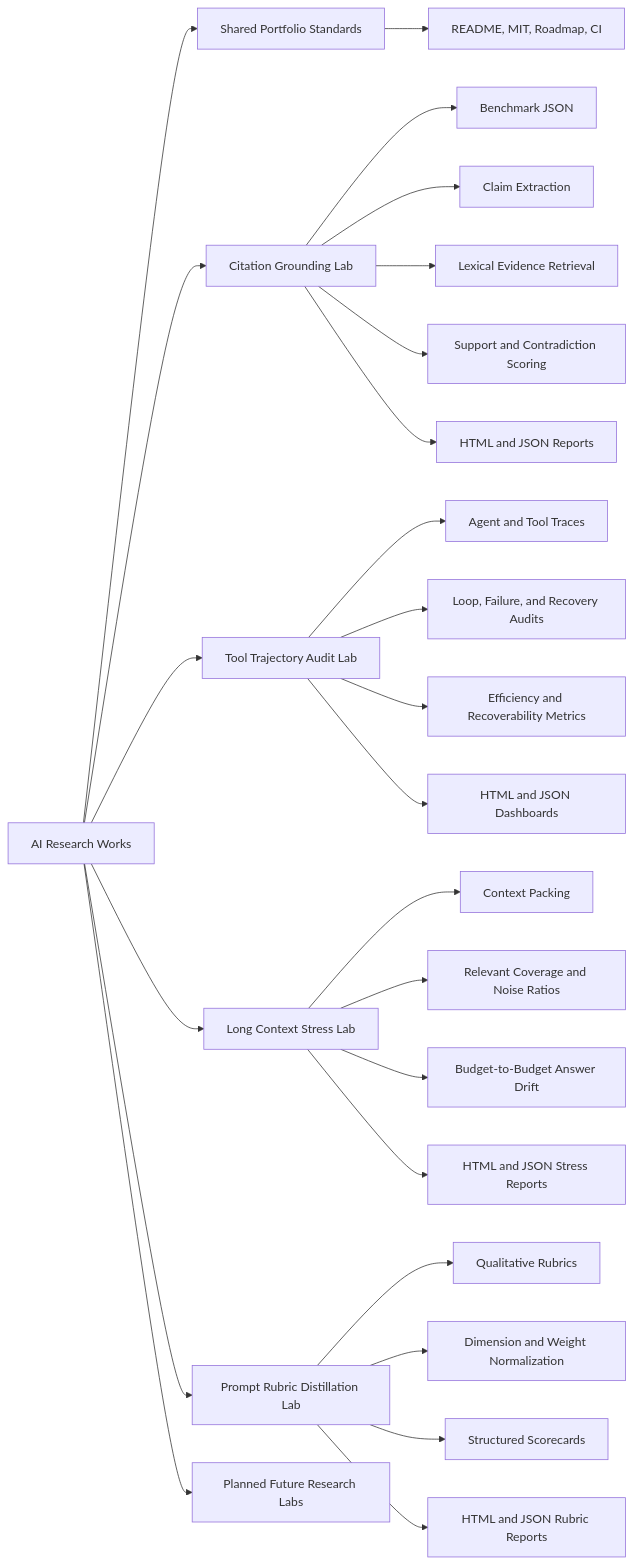
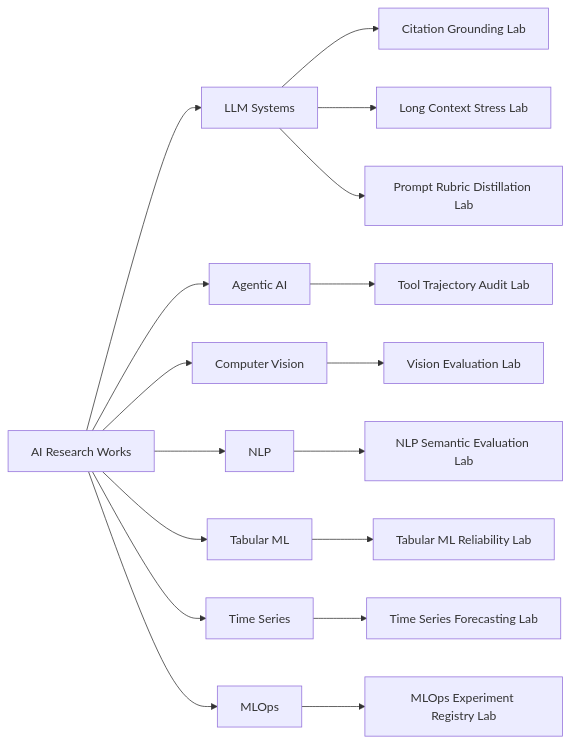
One commit to akifitu/ai-research-works changed the diagram in README.md. Above: the diagram before and after it, drawn with Mermaid. The commit also changed other lines of this file and 83 other files, not shown here.

Commit message:
Expand AI research portfolio labs

````diff
--- a/README.md
+++ b/README.md
@@ -22,27 +23,19 @@
 ```mermaid
 flowchart LR
-    Repo[AI Research Works] --> Standards[Shared Portfolio Standards]
-    Repo --> CGL[Citation Grounding Lab]
-    Repo --> TTAL[Tool Trajectory Audit Lab]
-    Repo --> LCSL[Long Context Stress Lab]
-    Repo --> PRDL[Prompt Rubric Distillation Lab]
-    Standards --> Docs[README, MIT, Roadmap, CI]
-    CGL --> Benchmarks[Benchmark JSON]
-    CGL --> Claims[Claim Extraction]
-    CGL --> Retrieval[Lexical Evidence Retrieval]
-    CGL --> Grounding[Support and Contradiction Scoring]
-    CGL --> Reports[HTML and JSON Reports]
-    TTAL --> Traces[Agent and Tool Traces]
-    TTAL --> Audit[Loop, Failure, and Recovery Audits]
-    TTAL --> Metrics[Efficiency and Recoverability Metrics]
-    TTAL --> Dashboards[HTML and JSON Dashboards]
-    LCSL --> Packing[Context Packing]
-    LCSL --> Coverage[Relevant Coverage and Noise Ratios]
-    LCSL --> Drift[Budget-to-Budget Answer Drift]
-    LCSL --> StressReports[HTML and JSON Stress Reports]
-    PRDL --> Rubrics[Qualitative Rubrics]
-    PRDL --> Normalize[Dimension and Weight Normalization]
-    PRDL --> Scorecards[Structured Scorecards]
-    PRDL --> RubricReports[HTML and JSON Rubric Reports]
-    Repo --> Roadmap[Planned Future Research Labs]
+    Repo[AI Research Works] --> LLM[LLM Systems]
+    Repo --> Agents[Agentic AI]
+    Repo --> CV[Computer Vision]
+    Repo --> NLP[NLP]
+    Repo --> ML[Tabular ML]
+    Repo --> TS[Time Series]
+    Repo --> MLOps[MLOps]
+    LLM --> CGL[Citation Grounding Lab]
+    LLM --> LCSL[Long Context Stress Lab]
+    LLM --> PRDL[Prompt Rubric Distillation Lab]
+    Agents --> TTAL[Tool Trajectory Audit Lab]
+    CV --> VEL[Vision Evaluation Lab]
+    NLP --> NSEL[NLP Semantic Evaluation Lab]
+    ML --> TMRL[Tabular ML Reliability Lab]
+    TS --> TSFL[Time Series Forecasting Lab]
+    MLOps --> MERL[MLOps Experiment Registry Lab]
 ```
````
